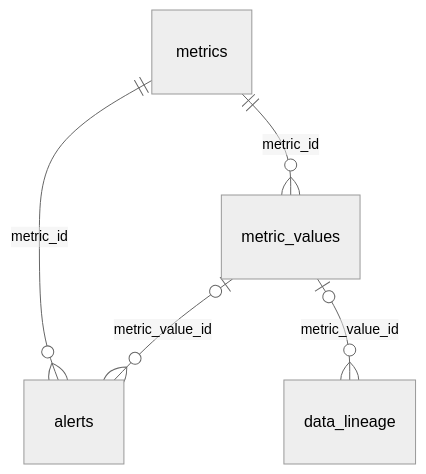
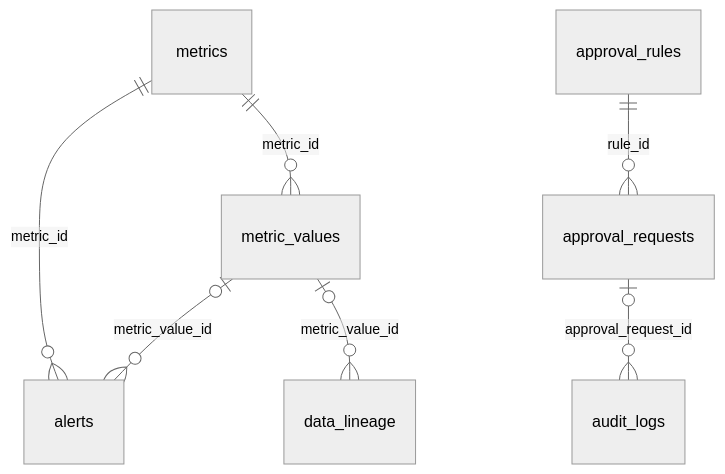
One commit to hovikhanh/Aureon changed diagram 11 of 11 in docs/2.PRODUCT/05-DATA-MODEL.md. Above: the diagram before and after it, drawn with Mermaid (neutral theme). The commit also changed other lines of this file, not shown here.

Commit message:
docs(v2.1): rebuild 05-DATA-MODEL part A - platform and auth schemas (DEC-147)

````diff
--- a/docs/2.PRODUCT/05-DATA-MODEL.md
+++ b/docs/2.PRODUCT/05-DATA-MODEL.md
@@ -223,7 +236,9 @@
 ```mermaid
 erDiagram
     metrics ||--o{ metric_values : "metric_id"
     metrics ||--o{ alerts : "metric_id"
     metric_values |o--o{ alerts : "metric_value_id"
     metric_values |o--o{ data_lineage : "metric_value_id"
+    approval_rules ||--o{ approval_requests : "rule_id"
+    approval_requests |o--o{ audit_logs : "approval_request_id"
 ```
````
